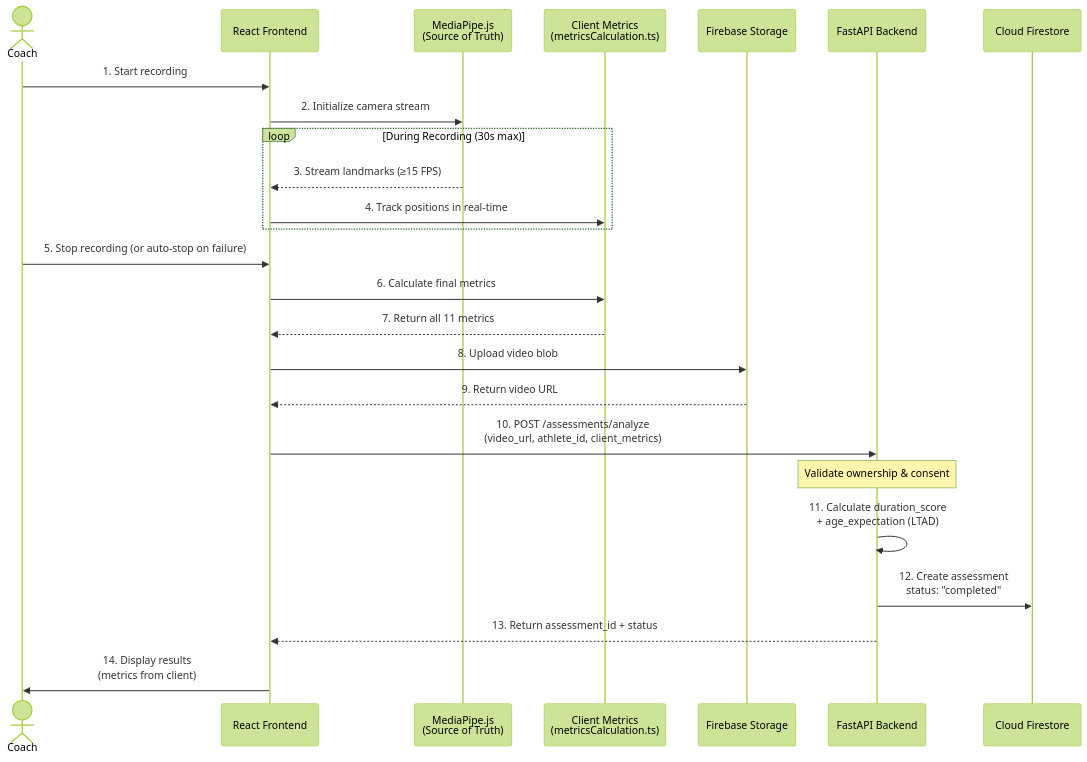
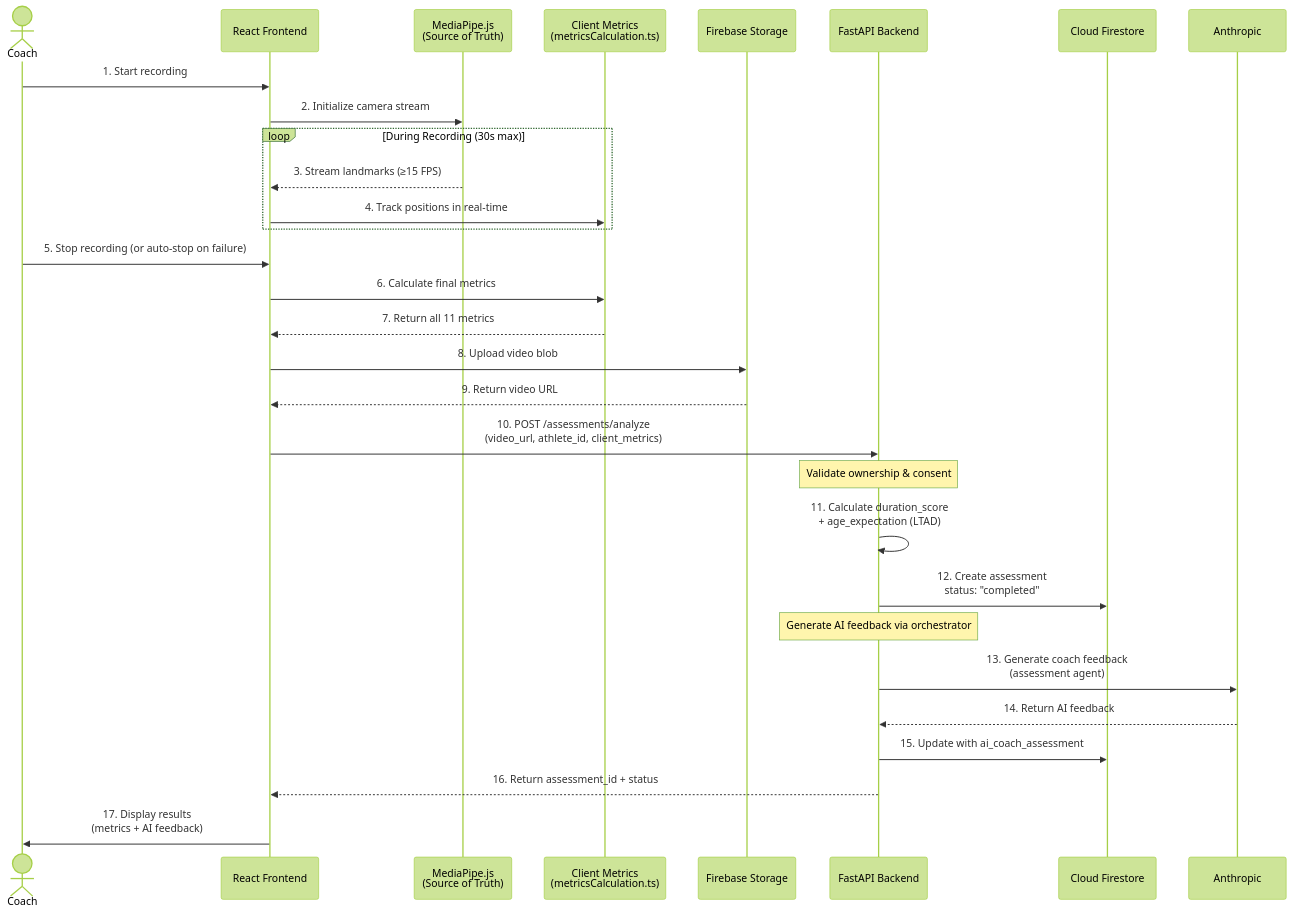
The second of 6 diagrams in ARCHITECTURE.md (finessevanes/ltad-coach), drawn with Mermaid (forest theme) before and after one commit. The commit also changed other lines of this file and 2 other files, not shown here.

First line of the commit message:
chore: update documentation and architecture to reflect Phase 7 completion

````diff
--- a/ARCHITECTURE.md
+++ b/ARCHITECTURE.md
@@ -125,35 +125,41 @@
 ```mermaid
 sequenceDiagram
     actor Coach
     participant React as React Frontend
     participant MediaPipeJS as MediaPipe.js<br/>(Source of Truth)
     participant MetricsCalc as Client Metrics<br/>(metricsCalculation.ts)
     participant FireStorage as Firebase Storage
     participant FastAPI as FastAPI Backend
     participant Firestore as Cloud Firestore
 
     Coach->>React: 1. Start recording
     React->>MediaPipeJS: 2. Initialize camera stream
 
     loop During Recording (30s max)
         MediaPipeJS-->>React: 3. Stream landmarks (≥15 FPS)
         React->>MetricsCalc: 4. Track positions in real-time
     end
 
     Coach->>React: 5. Stop recording (or auto-stop on failure)
     React->>MetricsCalc: 6. Calculate final metrics
     MetricsCalc-->>React: 7. Return all 11 metrics
 
     React->>FireStorage: 8. Upload video blob
     FireStorage-->>React: 9. Return video URL
 
     React->>FastAPI: 10. POST /assessments/analyze<br/>(video_url, athlete_id, client_metrics)
 
     Note over FastAPI: Validate ownership & consent
 
     FastAPI->>FastAPI: 11. Calculate duration_score<br/>+ age_expectation (LTAD)
     FastAPI->>Firestore: 12. Create assessment<br/>status: "completed"
-    FastAPI-->>React: 13. Return assessment_id + status
 
-    React->>Coach: 14. Display results<br/>(metrics from client)
+    Note over FastAPI: Generate AI feedback via orchestrator
+
+    FastAPI->>Anthropic: 13. Generate coach feedback<br/>(assessment agent)
+    Anthropic-->>FastAPI: 14. Return AI feedback
+    FastAPI->>Firestore: 15. Update with ai_coach_assessment
+    FastAPI-->>React: 16. Return assessment_id + status
+
+    React->>Coach: 17. Display results<br/>(metrics + AI feedback)
 ```
````
